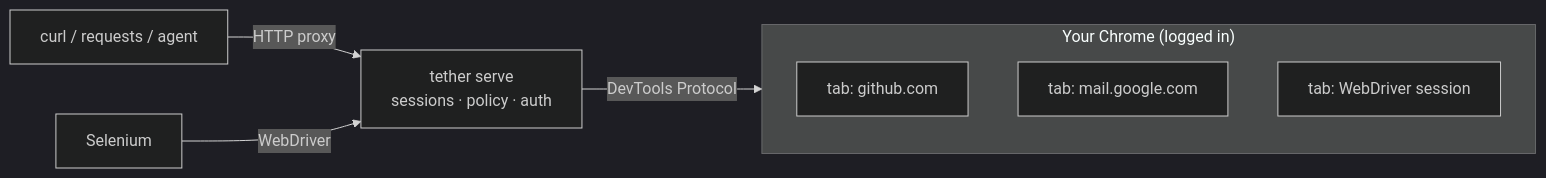
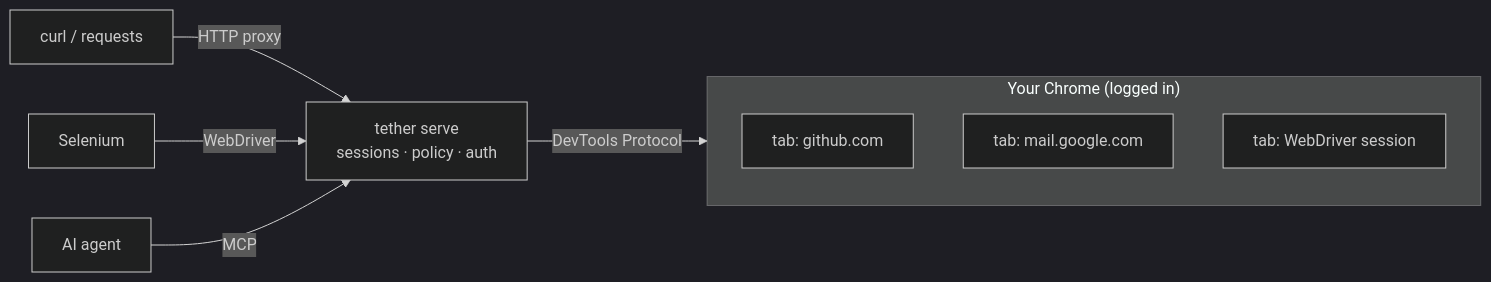
One commit to adeelahmad/Tether changed the diagram in README.md. Above: the diagram before and after it, drawn with Mermaid (dark theme). The commit also changed other lines of this file and 24 other files, not shown here.

````diff
--- a/README.md
+++ b/README.md
@@ -74,11 +77,12 @@
 ```mermaid
 flowchart LR
-  A["curl / requests / agent"] -- "HTTP proxy" --> T
+  A["curl / requests"] -- "HTTP proxy" --> T
   B["Selenium"] -- "WebDriver" --> T
+  D["AI agent"] -- "MCP" --> T
   T["tether serve<br/>sessions · policy · auth"] -- "DevTools Protocol" --> C
   subgraph C["Your Chrome (logged in)"]
     T1["tab: github.com"]
     T2["tab: mail.google.com"]
     T3["tab: WebDriver session"]
   end
 ```
````
